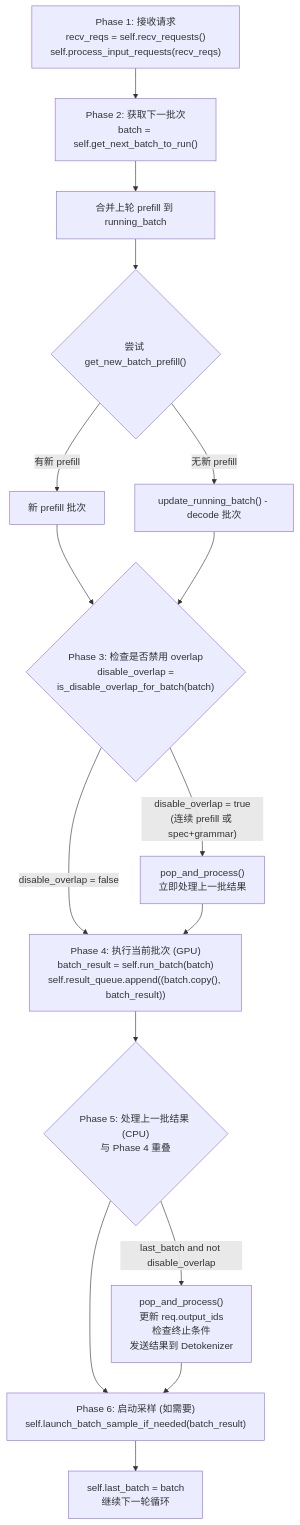
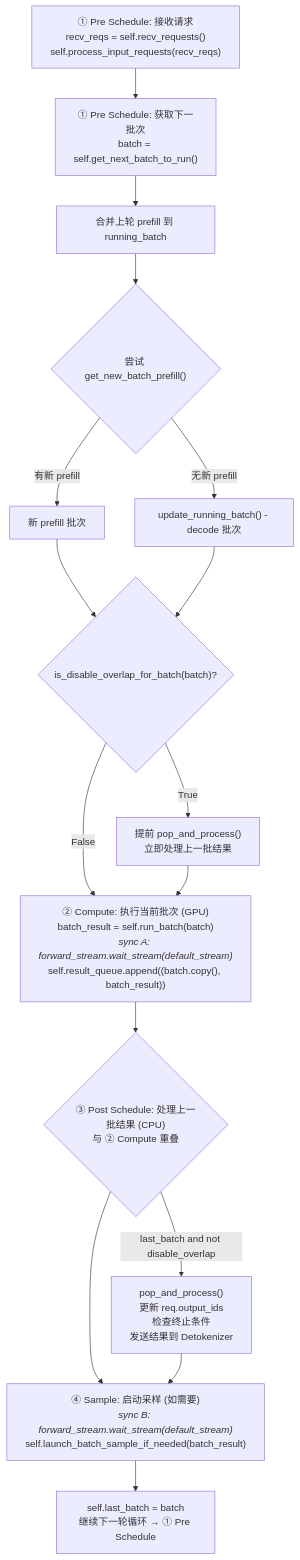
The second of 15 diagrams in content/SGLang/03_scheduler.md (wesleyck/AIInfraNotes), drawn with Mermaid before and after one commit. The commit also changed other lines of this file and 7 other files, not shown here.

````diff
--- a/content/SGLang/03_scheduler.md
+++ b/content/SGLang/03_scheduler.md
@@ -84,29 +287,29 @@
 ```mermaid
 flowchart TD
-    P1["Phase 1: 接收请求<br/>recv_reqs = self.recv_requests()<br/>self.process_input_requests(recv_reqs)"]
+    P1["① Pre Schedule: 接收请求<br/>recv_reqs = self.recv_requests()<br/>self.process_input_requests(recv_reqs)"]
     P1 --> P2
 
-    P2["Phase 2: 获取下一批次<br/>batch = self.get_next_batch_to_run()"]
+    P2["① Pre Schedule: 获取下一批次<br/>batch = self.get_next_batch_to_run()"]
     P2 --> P2a["合并上轮 prefill 到 running_batch"]
     P2a --> P2b{"尝试 get_new_batch_prefill()"}
     P2b -->|"有新 prefill"| P2c["新 prefill 批次"]
     P2b -->|"无新 prefill"| P2d["update_running_batch() - decode 批次"]
     P2c --> P3
     P2d --> P3
 
-    P3{"Phase 3: 检查是否禁用 overlap<br/>disable_overlap =<br/>is_disable_overlap_for_batch(batch)"}
-    P3 -->|"disable_overlap = true<br/>(连续 prefill 或 spec+grammar)"| P3a["pop_and_process()<br/>立即处理上一批结果"]
-    P3 -->|"disable_overlap = false"| P4
+    P3{"is_disable_overlap_for_batch(batch)?"}
+    P3 -->|"True"| P3a["提前 pop_and_process()<br/>立即处理上一批结果"]
+    P3 -->|"False"| P4
     P3a --> P4
 
-    P4["Phase 4: 执行当前批次 (GPU)<br/>batch_result = self.run_batch(batch)<br/>self.result_queue.append((batch.copy(), batch_result))"]
+    P4["② Compute: 执行当前批次 (GPU)<br/>batch_result = self.run_batch(batch)<br/><i>sync A: forward_stream.wait_stream(default_stream)</i><br/>self.result_queue.append((batch.copy(), batch_result))"]
     P4 --> P5
 
-    P5{"Phase 5: 处理上一批结果 (CPU)<br/>与 Phase 4 重叠"}
+    P5{"③ Post Schedule: 处理上一批结果 (CPU)<br/>与 ② Compute 重叠"}
     P5 -->|"last_batch and not disable_overlap"| P5a["pop_and_process()<br/>更新 req.output_ids<br/>检查终止条件<br/>发送结果到 Detokenizer"]
     P5 --> P6
 
     P5a --> P6
-    P6["Phase 6: 启动采样 (如需要)<br/>self.launch_batch_sample_if_needed(batch_result)"]
-    P6 --> P7["self.last_batch = batch<br/>继续下一轮循环"]
+    P6["④ Sample: 启动采样 (如需要)<br/><i>sync B: forward_stream.wait_stream(default_stream)</i><br/>self.launch_batch_sample_if_needed(batch_result)"]
+    P6 --> P7["self.last_batch = batch<br/>继续下一轮循环 → ① Pre Schedule"]
 ```
````
